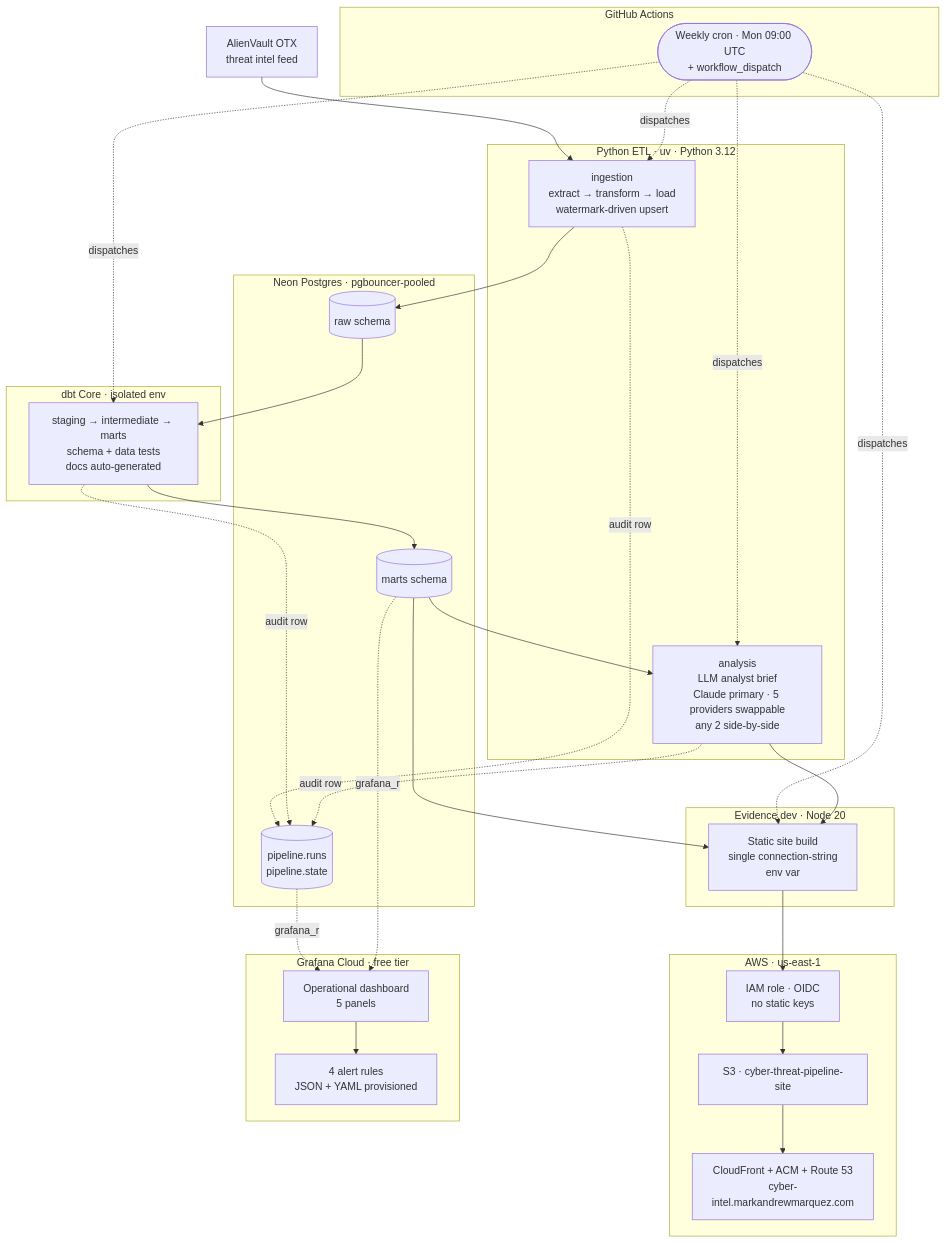
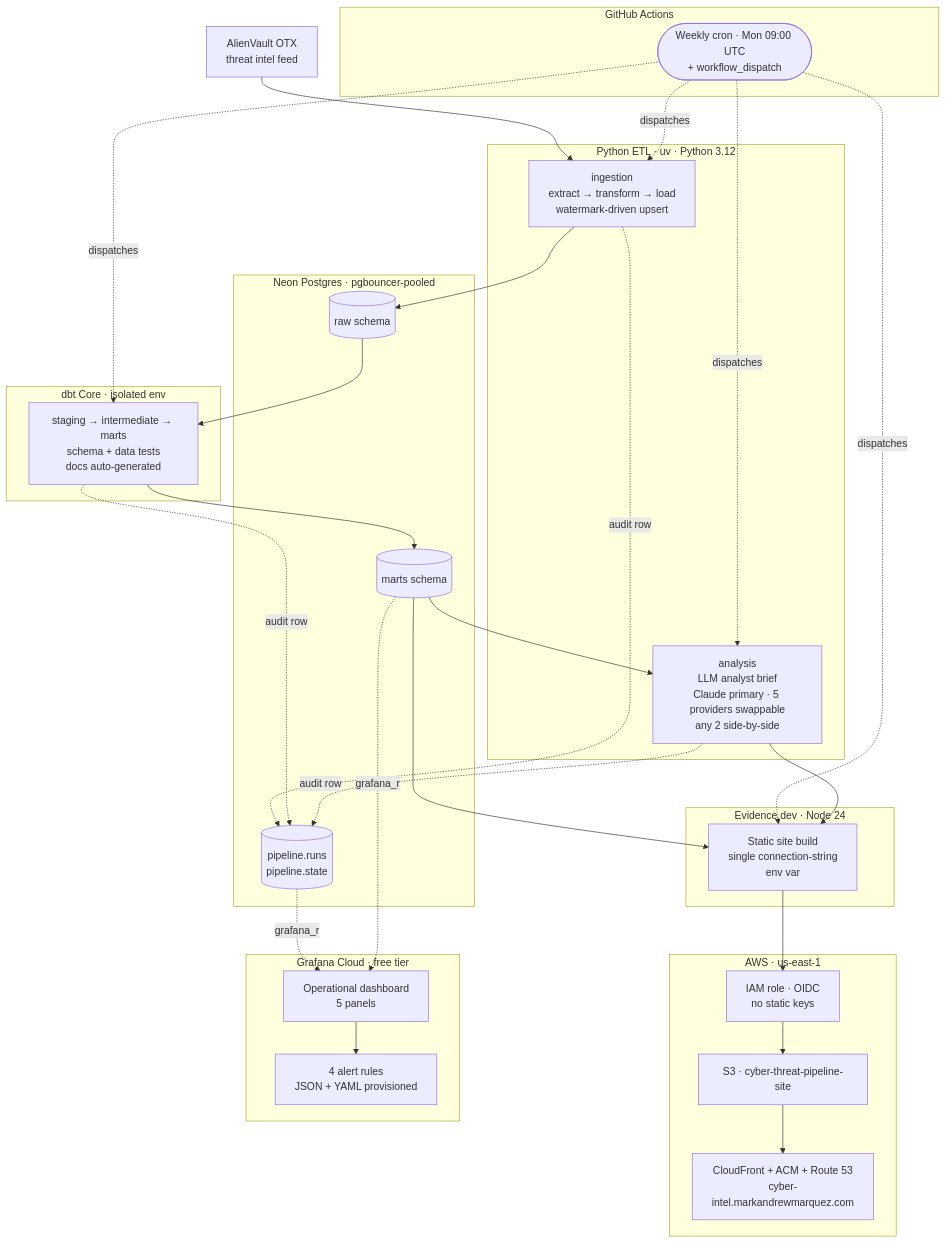
Before and after one commit to marky224/cyber-threat-pipeline: the diagram in docs/architecture.md, drawn with Mermaid. The commit also changed other lines of this file and 8 other files, not shown here.

````diff
--- a/docs/architecture.md
+++ b/docs/architecture.md
@@ -7,58 +7,58 @@
 ```mermaid
 flowchart TB
     OTX[AlienVault OTX<br/>threat intel feed]
 
     subgraph GH["GitHub Actions"]
         Cron(["Weekly cron · Mon 09:00 UTC<br/>+ workflow_dispatch"])
     end
 
     subgraph App["Python ETL · uv · Python 3.12"]
         Ingest["ingestion<br/>extract → transform → load<br/>watermark-driven upsert"]
         Analysis["analysis<br/>LLM analyst brief<br/>Claude primary · 5 providers swappable<br/>any 2 side-by-side"]
     end
 
     subgraph Neon["Neon Postgres · pgbouncer-pooled"]
         Raw[("raw schema")]
         Marts[("marts schema")]
         Audit[("pipeline.runs<br/>pipeline.state")]
     end
 
     subgraph Transform["dbt Core · isolated env"]
         DBT["staging → intermediate → marts<br/>schema + data tests<br/>docs auto-generated"]
     end
 
-    subgraph Reporting["Evidence.dev · Node 20"]
+    subgraph Reporting["Evidence.dev · Node 24"]
         Build["Static site build<br/>single connection-string<br/>env var"]
     end
 
     subgraph AWSBox["AWS · us-east-1"]
         OIDC["IAM role · OIDC<br/>no static keys"]
         S3["S3 · cyber-threat-pipeline-site"]
         CF["CloudFront + ACM + Route 53<br/>cyber-intel.markandrewmarquez.com"]
     end
 
     subgraph Ops["Grafana Cloud · free tier"]
         Dash["Operational dashboard<br/>5 panels"]
         Alerts["4 alert rules<br/>JSON + YAML provisioned"]
     end
 
     OTX --> Ingest
     Cron -.dispatches.-> Ingest
     Cron -.dispatches.-> DBT
     Cron -.dispatches.-> Analysis
     Cron -.dispatches.-> Build
     Ingest --> Raw
     Raw --> DBT
     DBT --> Marts
     Marts --> Analysis
     Marts --> Build
     Analysis --> Build
     Build --> OIDC
     OIDC --> S3 --> CF
     Ingest -.audit row.-> Audit
     DBT -.audit row.-> Audit
     Analysis -.audit row.-> Audit
     Audit -.grafana_ro.-> Dash
     Marts -.grafana_ro.-> Dash
     Dash --> Alerts
 ```
````
